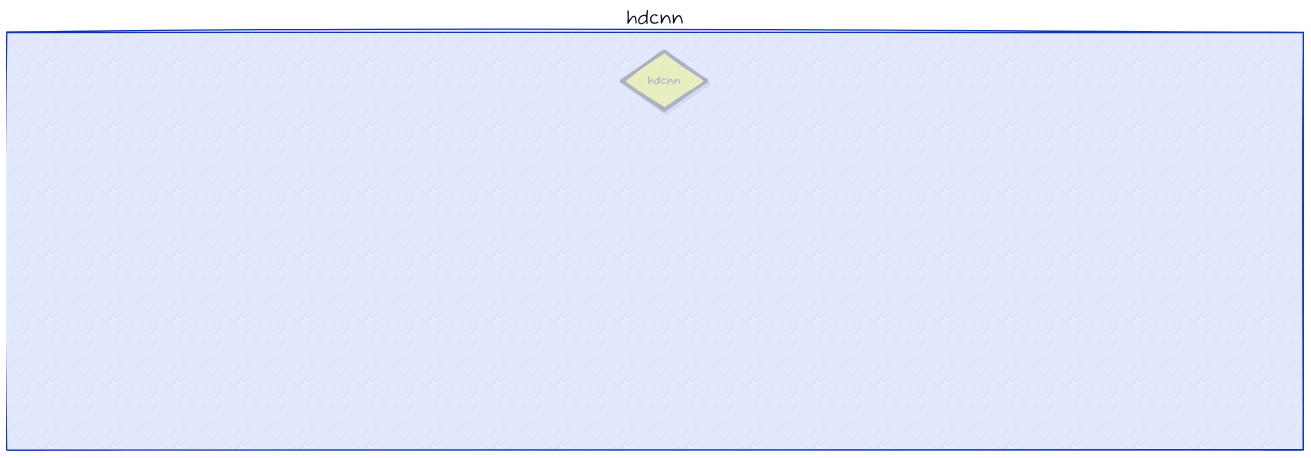
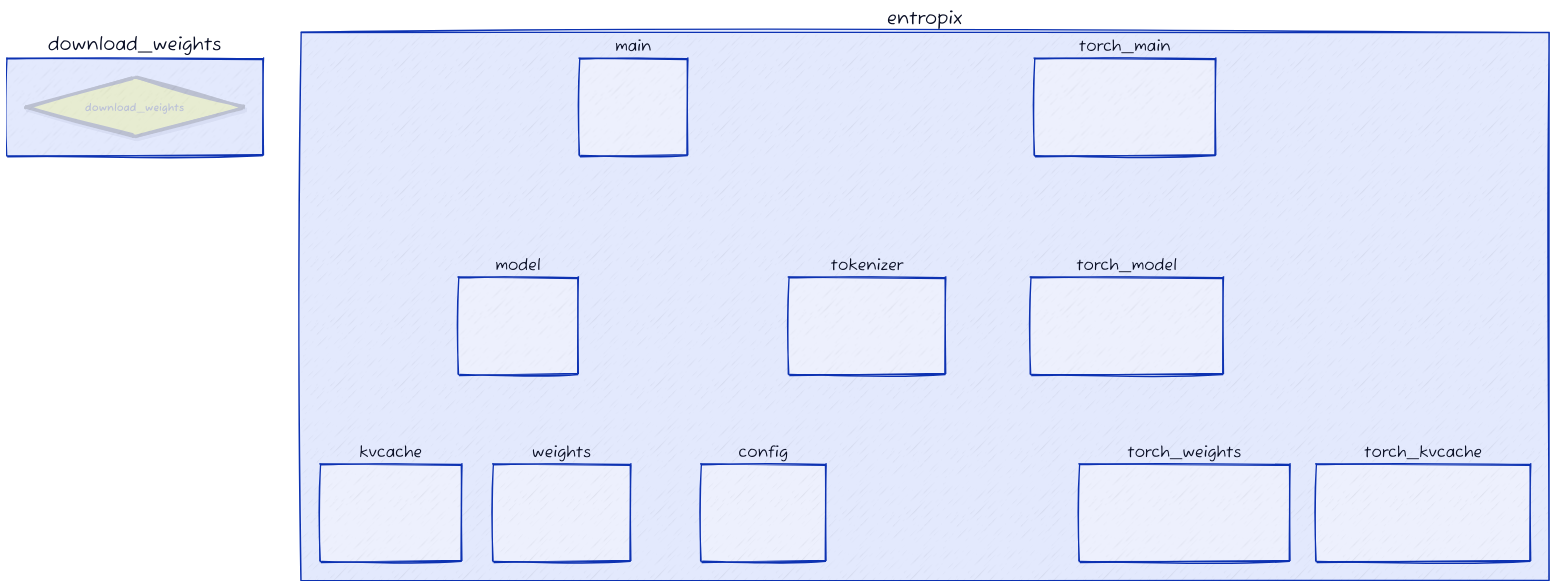
Before and after one commit to fangyuan-ksgk/heuristic-search: the diagram in eoh/d2_output/evolve_graph_0.d2, drawn with D2. The commit also changed 16 other files, not shown here.

```diff
--- a/eoh/d2_output/evolve_graph_0.d2
+++ b/eoh/d2_output/evolve_graph_0.d2
@@ -35,9 +35,19 @@
     }
   }
 }
-hdcnn.build_vocab.class: function
-hdcnn.build_vocab.label: "build_vocab"
-hdcnn.build_vocab: {
+download_weights.download_weights.class: file
+download_weights.download_weights.label: "download_weights"
+download_weights.download_weights: {
+  style: {
+    opacity: 0.17
+    stroke: "black"
+    stroke-width: 4
+    shadow: true
+  }
+}
+entropix.config.config.class: file
+entropix.config.config.label: "config"
+entropix.config.config: {
   style: {
     opacity: 0.00
     stroke: "black"
@@ -45,9 +55,9 @@
     shadow: true
   }
 }
-hdcnn.random_hv.class: function
-hdcnn.random_hv.label: "random_hv"
-hdcnn.random_hv: {
+entropix.kvcache.kvcache.class: file
+entropix.kvcache.kvcache.label: "kvcache"
+entropix.kvcache.kvcache: {
   style: {
     opacity: 0.00
     stroke: "black"
@@ -55,9 +65,9 @@
     shadow: true
   }
 }
-hdcnn.create_token_hvs.class: function
-hdcnn.create_token_hvs.label: "create_token_hvs"
-hdcnn.create_token_hvs: {
+entropix.main.main.class: file
+entropix.main.main.label: "main"
+entropix.main.main: {
   style: {
     opacity: 0.00
     stroke: "black"
@@ -65,9 +75,9 @@
     shadow: true
   }
 }
-hdcnn.bind.class: function
-hdcnn.bind.label: "bind"
-hdcnn.bind: {
+entropix.model.model.class: file
+entropix.model.model.label: "model"
+entropix.model.model: {
   style: {
     opacity: 0.00
     stroke: "black"
@@ -75,9 +85,9 @@
     shadow: true
   }
 }
-hdcnn.permute.class: function
-hdcnn.permute.label: "permute"
-hdcnn.permute: {
+entropix.tokenizer.tokenizer.class: file
+entropix.tokenizer.tokenizer.label: "tokenizer"
+entropix.tokenizer.tokenizer: {
   style: {
     opacity: 0.00
     stroke: "black"
@@ -85,19 +95,9 @@
     shadow: true
   }
 }
-hdcnn.hdcnn.class: file
-hdcnn.hdcnn.label: "hdcnn"
-hdcnn.hdcnn: {
-  style: {
-    opacity: 0.23
-    stroke: "black"
-    stroke-width: 4
-    shadow: true
-  }
-}
-hdcnn.HDCNNClassifier.class: class
-hdcnn.HDCNNClassifier.label: "HDCNNClassifier"
-hdcnn.HDCNNClassifier: {
+entropix.torch_kvcache.torch_kvcache.class: file
+entropix.torch_kvcache.torch_kvcache.label: "torch_kvcache"
+entropix.torch_kvcache.torch_kvcache: {
   style: {
     opacity: 0.00
     stroke: "black"
@@ -105,9 +105,9 @@
     shadow: true
   }
 }
-hdcnn.__len__.class: function
-hdcnn.__len__.label: "__len__"
-hdcnn.__len__: {
+entropix.torch_main.torch_main.class: file
+entropix.torch_main.torch_main.label: "torch_main"
+entropix.torch_main.torch_main: {
   style: {
     opacity: 0.00
     stroke: "black"
@@ -115,9 +115,9 @@
     shadow: true
   }
 }
-hdcnn.encode_sequence.class: function
-hdcnn.encode_sequence.label: "encode_sequence"
-hdcnn.encode_sequence: {
+entropix.torch_model.torch_model.class: file
+entropix.torch_model.torch_model.label: "torch_model"
+entropix.torch_model.torch_model: {
   style: {
     opacity: 0.00
     stroke: "black"
@@ -125,9 +125,9 @@
     shadow: true
   }
 }
-hdcnn.HDComputing.class: class
-hdcnn.HDComputing.label: "HDComputing"
-hdcnn.HDComputing: {
+entropix.torch_weights.torch_weights.class: file
+entropix.torch_weights.torch_weights.label: "torch_weights"
+entropix.torch_weights.torch_weights: {
   style: {
     opacity: 0.00
     stroke: "black"
@@ -135,9 +135,9 @@
     shadow: true
   }
 }
-hdcnn.AGNewsDataset.class: class
-hdcnn.AGNewsDataset.label: "AGNewsDataset"
-hdcnn.AGNewsDataset: {
+entropix.weights.weights.class: file
+entropix.weights.weights.label: "weights"
+entropix.weights.weights: {
   style: {
     opacity: 0.00
     stroke: "black"
@@ -145,196 +145,115 @@
     shadow: true
   }
 }
-hdcnn.__getitem__.class: function
-hdcnn.__getitem__.label: "__getitem__"
-hdcnn.__getitem__: {
-  style: {
-    opacity: 0.00
-    stroke: "black"
-    stroke-width: 4
-    shadow: true
-  }
-}
-hdcnn.forward.class: function
-hdcnn.forward.label: "forward"
-hdcnn.forward: {
-  style: {
-    opacity: 0.00
-    stroke: "black"
-    stroke-width: 4
-    shadow: true
-  }
-}
-hdcnn.main.class: function
-hdcnn.main.label: "main"
-hdcnn.main: {
-  style: {
-    opacity: 0.00
-    stroke: "black"
-    stroke-width: 4
-    shadow: true
-  }
-}
-hdcnn.superpose.class: function
-hdcnn.superpose.label: "superpose"
-hdcnn.superpose: {
-  style: {
-    opacity: 0.00
-    stroke: "black"
-    stroke-width: 4
-    shadow: true
-  }
-}
-hdcnn.hdcnn -> hdcnn.build_vocab: {
+entropix.main.main -> entropix.model.model: {
   style.stroke: red
   style.opacity: 0.00
   style.stroke-width: 2
   style.stroke-dash: 5
   style.animated: true
 }
-hdcnn.hdcnn -> hdcnn.random_hv: {
+entropix.main.main -> entropix.config.config: {
   style.stroke: red
   style.opacity: 0.00
   style.stroke-width: 2
   style.stroke-dash: 5
   style.animated: true
 }
-hdcnn.hdcnn -> hdcnn.create_token_hvs: {
+entropix.main.main -> entropix.tokenizer.tokenizer: {
   style.stroke: red
   style.opacity: 0.00
   style.stroke-width: 2
   style.stroke-dash: 5
   style.animated: true
 }
-hdcnn.hdcnn -> hdcnn.bind: {
+entropix.main.main -> entropix.weights.weights: {
   style.stroke: red
   style.opacity: 0.00
   style.stroke-width: 2
   style.stroke-dash: 5
   style.animated: true
 }
-hdcnn.hdcnn -> hdcnn.permute: {
+entropix.main.main -> entropix.kvcache.kvcache: {
   style.stroke: red
   style.opacity: 0.00
   style.stroke-width: 2
   style.stroke-dash: 5
   style.animated: true
 }
-hdcnn.hdcnn -> hdcnn.HDCNNClassifier: {
+entropix.model.model -> entropix.config.config: {
   style.stroke: red
   style.opacity: 0.00
   style.stroke-width: 2
   style.stroke-dash: 5
   style.animated: true
 }
-hdcnn.hdcnn -> hdcnn.__len__: {
+entropix.model.model -> entropix.kvcache.kvcache: {
   style.stroke: red
   style.opacity: 0.00
   style.stroke-width: 2
   style.stroke-dash: 5
   style.animated: true
 }
-hdcnn.hdcnn -> hdcnn.encode_sequence: {
+entropix.model.model -> entropix.weights.weights: {
   style.stroke: red
   style.opacity: 0.00
   style.stroke-width: 2
   style.stroke-dash: 5
   style.animated: true
 }
-hdcnn.hdcnn -> hdcnn.HDComputing: {
+entropix.torch_main.torch_main -> entropix.config.config: {
   style.stroke: red
   style.opacity: 0.00
   style.stroke-width: 2
   style.stroke-dash: 5
   style.animated: true
 }
-hdcnn.hdcnn -> hdcnn.AGNewsDataset: {
+entropix.torch_main.torch_main -> entropix.torch_model.torch_model: {
   style.stroke: red
   style.opacity: 0.00
   style.stroke-width: 2
   style.stroke-dash: 5
   style.animated: true
 }
-hdcnn.hdcnn -> hdcnn.__getitem__: {
+entropix.torch_main.torch_main -> entropix.torch_weights.torch_weights: {
   style.stroke: red
   style.opacity: 0.00
   style.stroke-width: 2
   style.stroke-dash: 5
   style.animated: true
 }
-hdcnn.hdcnn -> hdcnn.forward: {
+entropix.torch_main.torch_main -> entropix.torch_kvcache.torch_kvcache: {
   style.stroke: red
   style.opacity: 0.00
   style.stroke-width: 2
   style.stroke-dash: 5
   style.animated: true
 }
-hdcnn.hdcnn -> hdcnn.main: {
+entropix.torch_main.torch_main -> entropix.tokenizer.tokenizer: {
   style.stroke: red
   style.opacity: 0.00
   style.stroke-width: 2
   style.stroke-dash: 5
   style.animated: true
 }
-hdcnn.hdcnn -> hdcnn.superpose: {
+entropix.torch_model.torch_model -> entropix.config.config: {
   style.stroke: red
   style.opacity: 0.00
   style.stroke-width: 2
   style.stroke-dash: 5
   style.animated: true
 }
-hdcnn.HDCNNClassifier -> hdcnn.forward: {
-  style.stroke: black
+entropix.torch_model.torch_model -> entropix.torch_weights.torch_weights: {
+  style.stroke: red
   style.opacity: 0.00
   style.stroke-width: 2
+  style.stroke-dash: 5
+  style.animated: true
 }
-hdcnn.HDComputing -> hdcnn.random_hv: {
-  style.stroke: black
+entropix.torch_model.torch_model -> entropix.torch_kvcache.torch_kvcache: {
+  style.stroke: red
   style.opacity: 0.00
   style.stroke-width: 2
+  style.stroke-dash: 5
+  style.animated: true
 }
-hdcnn.HDComputing -> hdcnn.bind: {
-  style.stroke: black
-  style.opacity: 0.00
-  style.stroke-width: 2
-}
-hdcnn.HDComputing -> hdcnn.superpose: {
-  style.stroke: black
-  style.opacity: 0.00
-  style.stroke-width: 2
-}
-hdcnn.HDComputing -> hdcnn.permute: {
-  style.stroke: black
-  style.opacity: 0.00
-  style.stroke-width: 2
-}
-hdcnn.AGNewsDataset -> hdcnn.__len__: {
-  style.stroke: black
-  style.opacity: 0.00
-  style.stroke-width: 2
-}
-hdcnn.AGNewsDataset -> hdcnn.encode_sequence: {
-  style.stroke: black
-  style.opacity: 0.00
-  style.stroke-width: 2
-}
-hdcnn.AGNewsDataset -> hdcnn.__getitem__: {
-  style.stroke: black
-  style.opacity: 0.00
-  style.stroke-width: 2
-}
-hdcnn.__getitem__ -> hdcnn.encode_sequence: {
-  style.stroke: black
-  style.opacity: 0.00
-  style.stroke-width: 2
-}
-hdcnn.main -> hdcnn.build_vocab: {
-  style.stroke: black
-  style.opacity: 0.00
-  style.stroke-width: 2
-}
-hdcnn.main -> hdcnn.create_token_hvs: {
-  style.stroke: black
-  style.opacity: 0.00
-  style.stroke-width: 2
-}
```
